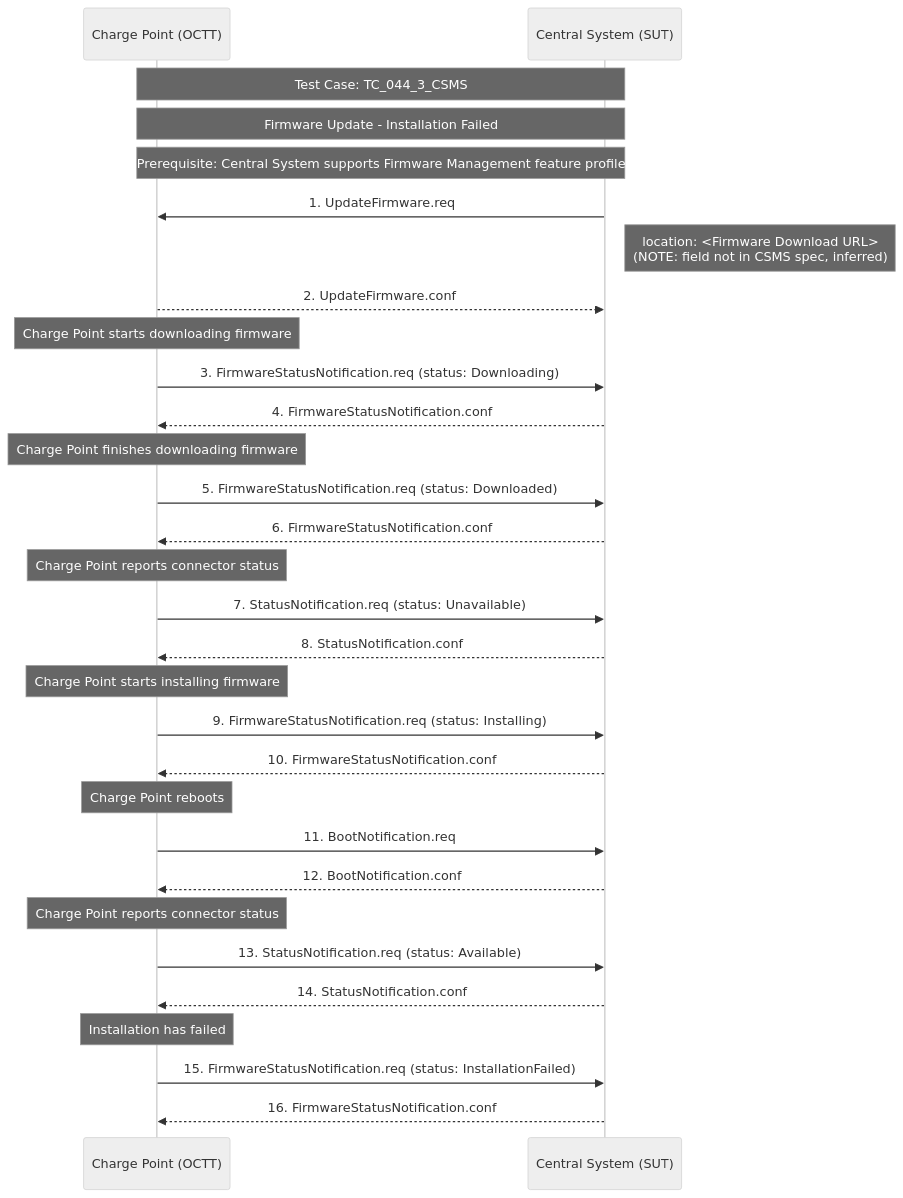
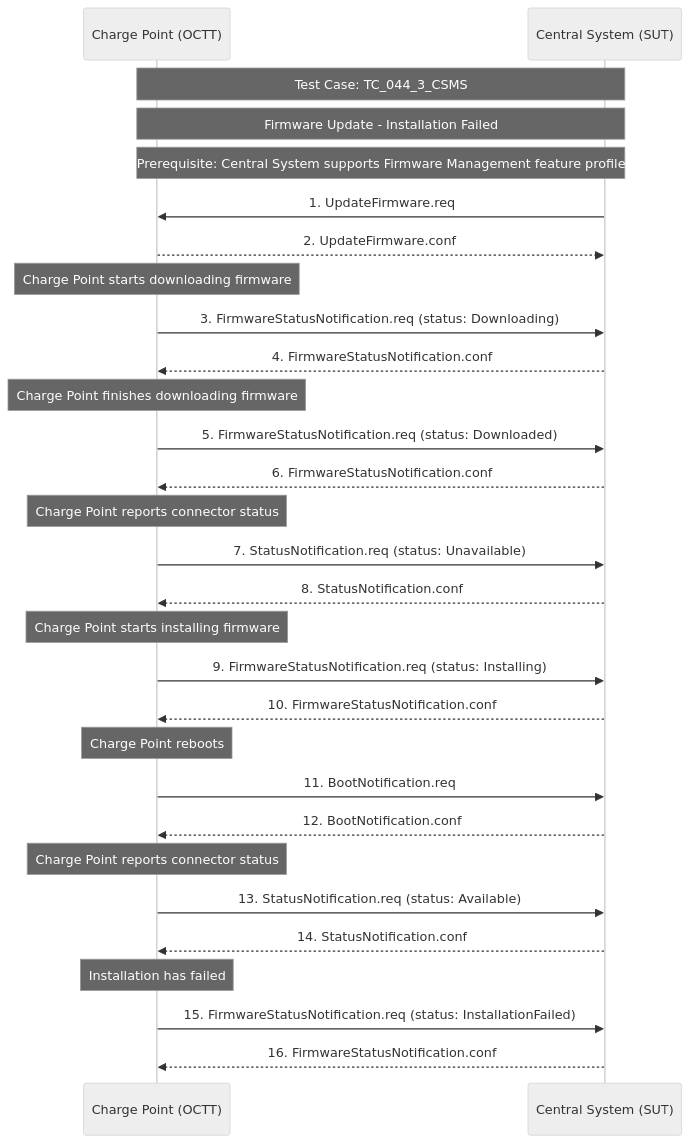
One commit to tzi-app/tzi-OCTT changed the diagram in 1.6/test_tc_044_3_csms.mermaid. Above: the diagram before and after it, drawn with Mermaid (neutral theme). The commit also changed 173 other files, not shown here.

```diff
--- a/1.6/test_tc_044_3_csms.mermaid
+++ b/1.6/test_tc_044_3_csms.mermaid
@@ -1,46 +1,45 @@
 sequenceDiagram
     participant CP as Charge Point (OCTT)
     participant CS as Central System (SUT)
 
     Note over CP,CS: Test Case: TC_044_3_CSMS
     Note over CP,CS: Firmware Update - Installation Failed
     Note over CP,CS: Prerequisite: Central System supports Firmware Management feature profile
 
     CS->>CP: 1. UpdateFirmware.req
-    Note right of CS: location: <Firmware Download URL><br/>(NOTE: field not in CSMS spec, inferred)
     CP-->>CS: 2. UpdateFirmware.conf
 
     Note over CP: Charge Point starts downloading firmware
 
     CP->>CS: 3. FirmwareStatusNotification.req (status: Downloading)
     CS-->>CP: 4. FirmwareStatusNotification.conf
 
     Note over CP: Charge Point finishes downloading firmware
 
     CP->>CS: 5. FirmwareStatusNotification.req (status: Downloaded)
     CS-->>CP: 6. FirmwareStatusNotification.conf
 
     Note over CP: Charge Point reports connector status
 
     CP->>CS: 7. StatusNotification.req (status: Unavailable)
     CS-->>CP: 8. StatusNotification.conf
 
     Note over CP: Charge Point starts installing firmware
 
     CP->>CS: 9. FirmwareStatusNotification.req (status: Installing)
     CS-->>CP: 10. FirmwareStatusNotification.conf
 
     Note over CP: Charge Point reboots
 
     CP->>CS: 11. BootNotification.req
     CS-->>CP: 12. BootNotification.conf
 
     Note over CP: Charge Point reports connector status
 
     CP->>CS: 13. StatusNotification.req (status: Available)
     CS-->>CP: 14. StatusNotification.conf
 
     Note over CP: Installation has failed
 
     CP->>CS: 15. FirmwareStatusNotification.req (status: InstallationFailed)
     CS-->>CP: 16. FirmwareStatusNotification.conf
```
